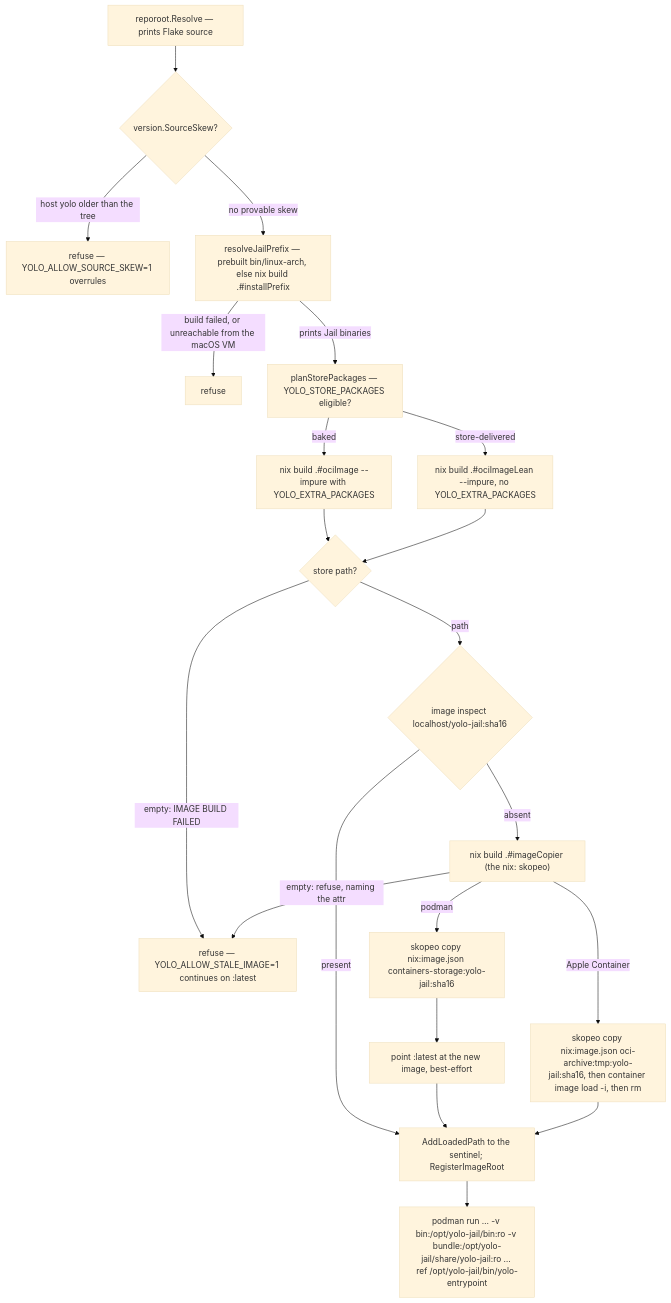
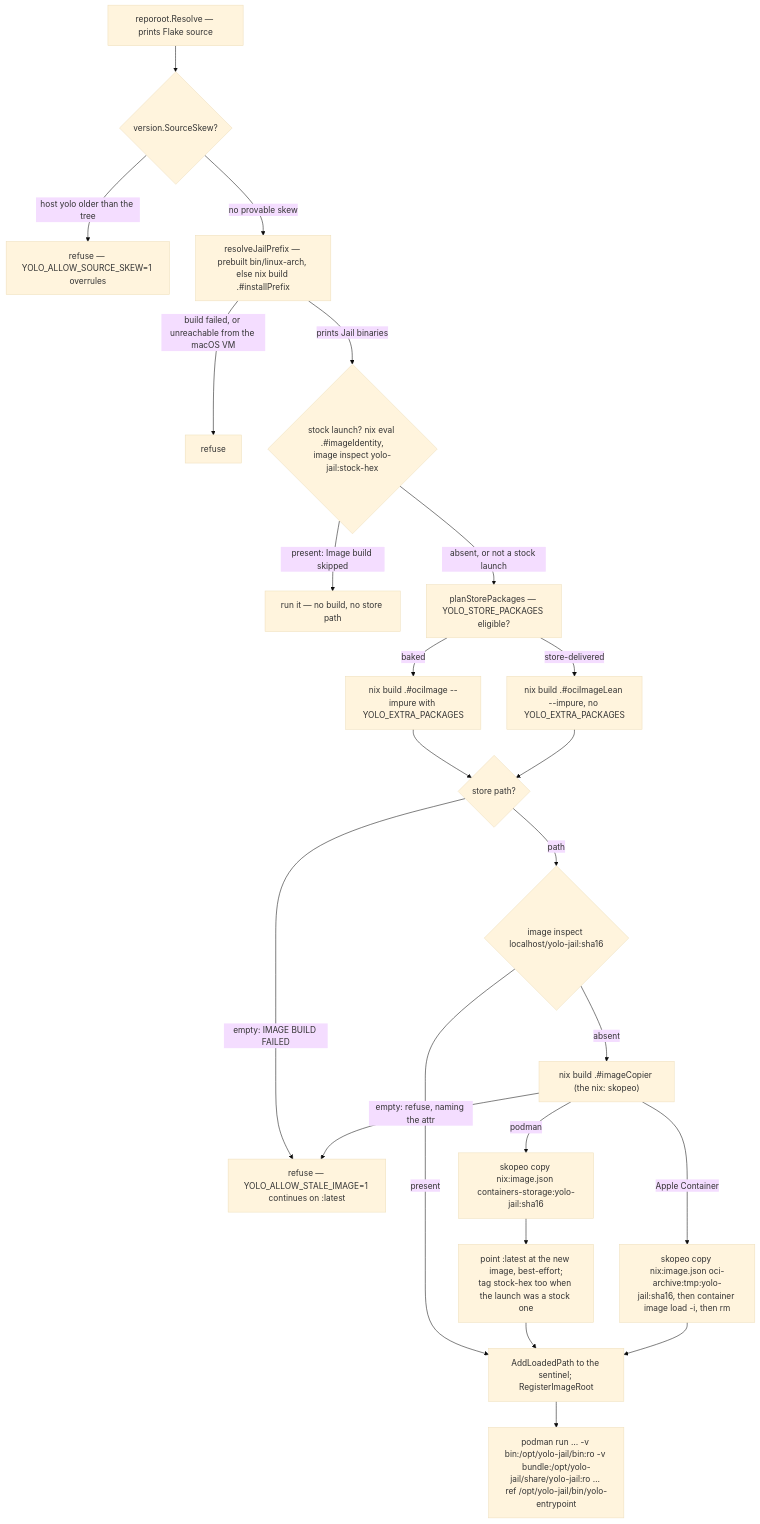
One commit to kurt-hs/yolo-jail changed the diagram in docs/reference/image-staging-vs-baking.md. Above: the diagram before and after it, drawn with Mermaid (base theme). The commit also changed other lines of this file and 8 other files, not shown here.

````diff
--- a/docs/reference/image-staging-vs-baking.md
+++ b/docs/reference/image-staging-vs-baking.md
@@ -341,22 +341,24 @@
 ```mermaid
 flowchart TD
     resolve["reporoot.Resolve — prints Flake source"] --> skew{"version.SourceSkew?"}
     skew -->|"host yolo older than the tree"| refuse1["refuse — YOLO_ALLOW_SOURCE_SKEW=1 overrules"]
     skew -->|"no provable skew"| prefix["resolveJailPrefix — prebuilt bin/linux-arch, else nix build .#installPrefix"]
     prefix -->|"build failed, or unreachable from the macOS VM"| refuse2["refuse"]
-    prefix -->|"prints Jail binaries"| plan["planStorePackages — YOLO_STORE_PACKAGES eligible?"]
+    prefix -->|"prints Jail binaries"| stock{"stock launch? nix eval .#imageIdentity,<br/>image inspect yolo-jail:stock-hex"}
+    stock -->|"present: Image build skipped"| runstock["run it — no build, no store path"]
+    stock -->|"absent, or not a stock launch"| plan["planStorePackages — YOLO_STORE_PACKAGES eligible?"]
     plan -->|"baked"| build["nix build .#ociImage --impure with YOLO_EXTRA_PACKAGES"]
     plan -->|"store-delivered"| buildLean["nix build .#ociImageLean --impure, no YOLO_EXTRA_PACKAGES"]
     build --> failed{"store path?"}
     buildLean --> failed
     failed -->|"empty: IMAGE BUILD FAILED"| fatal["refuse — YOLO_ALLOW_STALE_IMAGE=1 continues on :latest"]
     failed -->|"path"| inspect{"image inspect localhost/yolo-jail:sha16"}
     inspect -->|"present"| record["AddLoadedPath to the sentinel; RegisterImageRoot"]
     inspect -->|"absent"| copier["nix build .#imageCopier (the nix: skopeo)"]
     copier -->|"empty: refuse, naming the attr"| fatal
     copier -->|"podman"| copy["skopeo copy nix:image.json containers-storage:yolo-jail:sha16"]
     copier -->|"Apple Container"| copyoci["skopeo copy nix:image.json oci-archive:tmp:yolo-jail:sha16, then container image load -i, then rm"]
-    copy --> alias["point :latest at the new image, best-effort"] --> record
+    copy --> alias["point :latest at the new image, best-effort;<br/>tag stock-hex too when the launch was a stock one"] --> record
     copyoci --> record
     record --> argv["podman run … -v bin:/opt/yolo-jail/bin:ro -v bundle:/opt/yolo-jail/share/yolo-jail:ro … ref /opt/yolo-jail/bin/yolo-entrypoint"]
 ```
````
